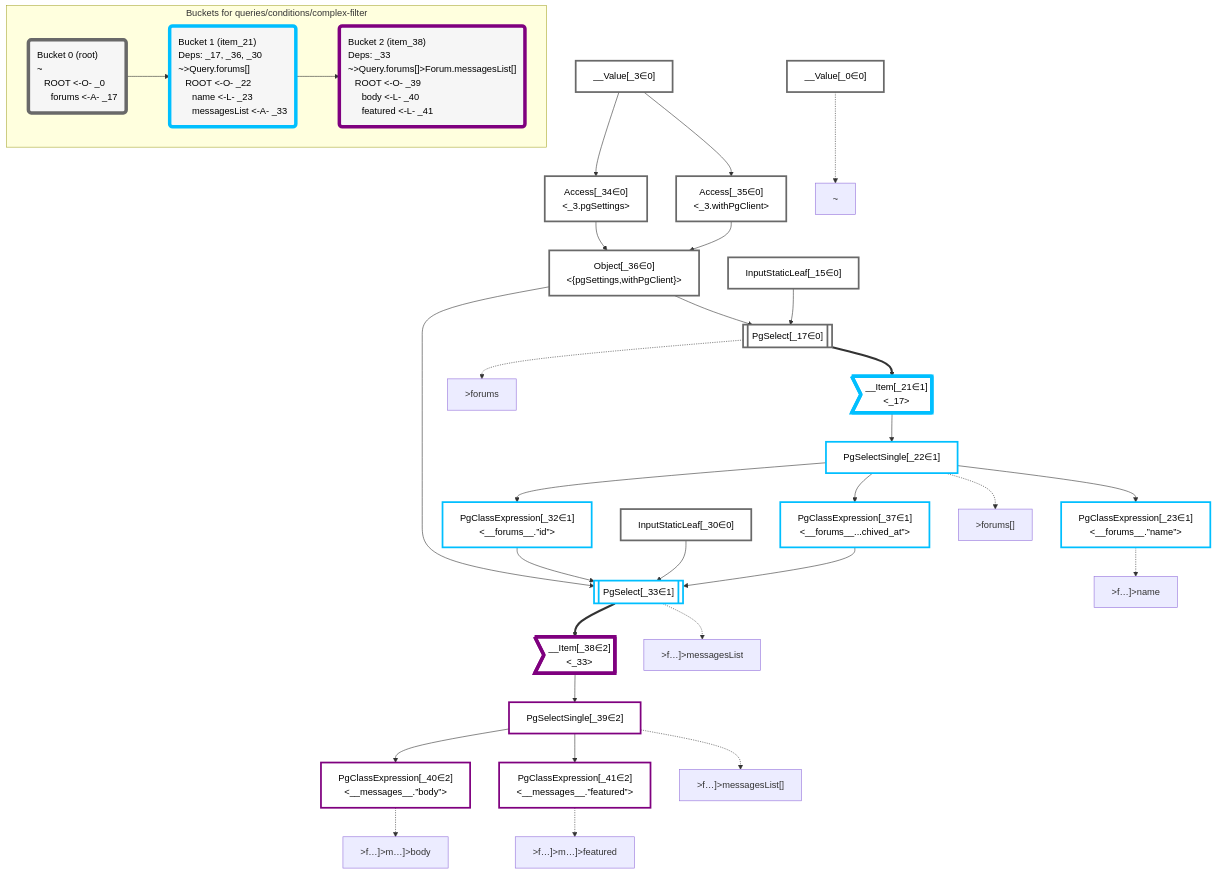
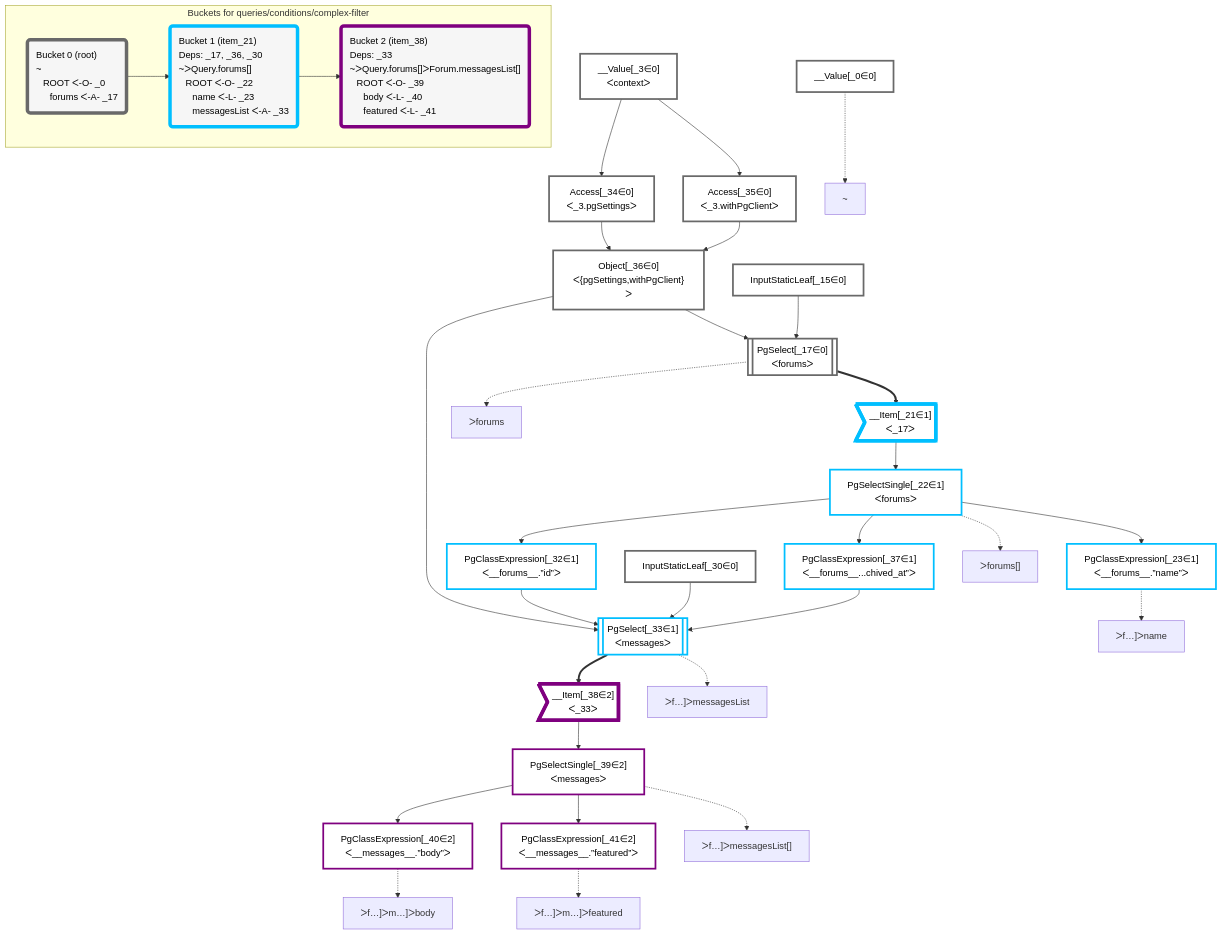
The diagram in packages/dataplan-pg/__tests__/queries/conditions/complex-filter.deopt.mermaid.md (graphile/crystal), drawn with Mermaid before and after one commit. The commit also changed 195 other files, not shown here.

```diff
--- a/packages/dataplan-pg/__tests__/queries/conditions/complex-filter.deopt.mermaid.md
+++ b/packages/dataplan-pg/__tests__/queries/conditions/complex-filter.deopt.mermaid.md
@@ -9,23 +9,23 @@
 
     %% define plans
     __Value_0["__Value[_0∈0]"]:::plan
-    __Value_3["__Value[_3∈0]<br /><context>"]:::plan
+    __Value_3["__Value[_3∈0]<br />ᐸcontextᐳ"]:::plan
     InputStaticLeaf_15["InputStaticLeaf[_15∈0]"]:::plan
-    PgSelect_17[["PgSelect[_17∈0]<br /><forums>"]]:::plan
-    __Item_21>"__Item[_21∈1]<br /><_17>"]:::itemplan
-    PgSelectSingle_22["PgSelectSingle[_22∈1]<br /><forums>"]:::plan
-    PgClassExpression_23["PgClassExpression[_23∈1]<br /><__forums__.”name”>"]:::plan
+    PgSelect_17[["PgSelect[_17∈0]<br />ᐸforumsᐳ"]]:::plan
+    __Item_21>"__Item[_21∈1]<br />ᐸ_17ᐳ"]:::itemplan
+    PgSelectSingle_22["PgSelectSingle[_22∈1]<br />ᐸforumsᐳ"]:::plan
+    PgClassExpression_23["PgClassExpression[_23∈1]<br />ᐸ__forums__.”name”ᐳ"]:::plan
     InputStaticLeaf_30["InputStaticLeaf[_30∈0]"]:::plan
-    PgClassExpression_32["PgClassExpression[_32∈1]<br /><__forums__.”id”>"]:::plan
-    PgSelect_33[["PgSelect[_33∈1]<br /><messages>"]]:::plan
-    Access_34["Access[_34∈0]<br /><_3.pgSettings>"]:::plan
-    Access_35["Access[_35∈0]<br /><_3.withPgClient>"]:::plan
-    Object_36["Object[_36∈0]<br /><{pgSettings,withPgClient}>"]:::plan
-    PgClassExpression_37["PgClassExpression[_37∈1]<br /><__forums__...chived_at”>"]:::plan
-    __Item_38>"__Item[_38∈2]<br /><_33>"]:::itemplan
-    PgSelectSingle_39["PgSelectSingle[_39∈2]<br /><messages>"]:::plan
-    PgClassExpression_40["PgClassExpression[_40∈2]<br /><__messages__.”body”>"]:::plan
-    PgClassExpression_41["PgClassExpression[_41∈2]<br /><__messages__.”featured”>"]:::plan
+    PgClassExpression_32["PgClassExpression[_32∈1]<br />ᐸ__forums__.”id”ᐳ"]:::plan
+    PgSelect_33[["PgSelect[_33∈1]<br />ᐸmessagesᐳ"]]:::plan
+    Access_34["Access[_34∈0]<br />ᐸ_3.pgSettingsᐳ"]:::plan
+    Access_35["Access[_35∈0]<br />ᐸ_3.withPgClientᐳ"]:::plan
+    Object_36["Object[_36∈0]<br />ᐸ{pgSettings,withPgClient}ᐳ"]:::plan
+    PgClassExpression_37["PgClassExpression[_37∈1]<br />ᐸ__forums__...chived_at”ᐳ"]:::plan
+    __Item_38>"__Item[_38∈2]<br />ᐸ_33ᐳ"]:::itemplan
+    PgSelectSingle_39["PgSelectSingle[_39∈2]<br />ᐸmessagesᐳ"]:::plan
+    PgClassExpression_40["PgClassExpression[_40∈2]<br />ᐸ__messages__.”body”ᐳ"]:::plan
+    PgClassExpression_41["PgClassExpression[_41∈2]<br />ᐸ__messages__.”featured”ᐳ"]:::plan
 
     %% plan dependencies
     Object_36 --> PgSelect_17
@@ -51,19 +51,19 @@
     %% plan-to-path relationships
     P_0["~"]
     __Value_0 -.-> P_0
-    P_17[">forums"]
+    P_17["ᐳforums"]
     PgSelect_17 -.-> P_17
-    P_22[">forums[]"]
+    P_22["ᐳforums[]"]
     PgSelectSingle_22 -.-> P_22
-    P_23[">f…]>name"]
+    P_23["ᐳf…]ᐳname"]
     PgClassExpression_23 -.-> P_23
-    P_33[">f…]>messagesList"]
+    P_33["ᐳf…]ᐳmessagesList"]
     PgSelect_33 -.-> P_33
-    P_39[">f…]>messagesList[]"]
+    P_39["ᐳf…]ᐳmessagesList[]"]
     PgSelectSingle_39 -.-> P_39
-    P_40[">f…]>m…]>body"]
+    P_40["ᐳf…]ᐳm…]ᐳbody"]
     PgClassExpression_40 -.-> P_40
-    P_41[">f…]>m…]>featured"]
+    P_41["ᐳf…]ᐳm…]ᐳfeatured"]
     PgClassExpression_41 -.-> P_41
 
     %% allocate buckets
@@ -75,12 +75,12 @@
     class __Item_38,PgSelectSingle_39,PgClassExpression_40,PgClassExpression_41 bucket2
 
     subgraph "Buckets for queries/conditions/complex-filter"
-    Bucket0("Bucket 0 (root)<br />~<br />⠀ROOT <-O- _0<br />⠀⠀forums <-A- _17"):::bucket
+    Bucket0("Bucket 0 (root)<br />~<br />⠀ROOT ᐸ-O- _0<br />⠀⠀forums ᐸ-A- _17"):::bucket
     style Bucket0 stroke:#696969
-    Bucket1("Bucket 1 (item_21)<br />Deps: _17, _36, _30<br />~>Query.forums[]<br />⠀ROOT <-O- _22<br />⠀⠀name <-L- _23<br />⠀⠀messagesList <-A- _33"):::bucket
+    Bucket1("Bucket 1 (item_21)<br />Deps: _17, _36, _30<br />~ᐳQuery.forums[]<br />⠀ROOT ᐸ-O- _22<br />⠀⠀name ᐸ-L- _23<br />⠀⠀messagesList ᐸ-A- _33"):::bucket
     style Bucket1 stroke:#00bfff
     Bucket0 --> Bucket1
-    Bucket2("Bucket 2 (item_38)<br />Deps: _33<br />~>Query.forums[]>Forum.messagesList[]<br />⠀ROOT <-O- _39<br />⠀⠀body <-L- _40<br />⠀⠀featured <-L- _41"):::bucket
+    Bucket2("Bucket 2 (item_38)<br />Deps: _33<br />~ᐳQuery.forums[]ᐳForum.messagesList[]<br />⠀ROOT ᐸ-O- _39<br />⠀⠀body ᐸ-L- _40<br />⠀⠀featured ᐸ-L- _41"):::bucket
     style Bucket2 stroke:#7f007f
     Bucket1 --> Bucket2
     end
```
